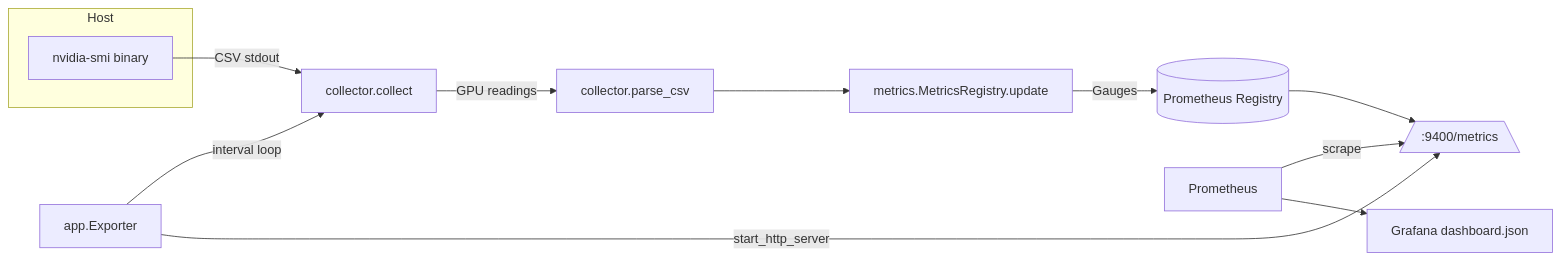
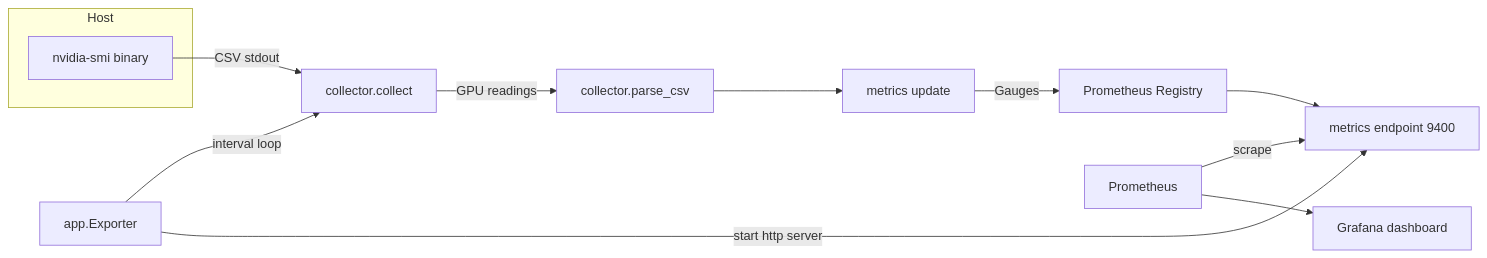
Before and after one commit to theraihanrakibb/gpu-exporter: the diagram in README.md, drawn with Mermaid.

Commit message:
docs: normalize mermaid diagrams to plain rectangles (avoid shape/slash/paren parse errors)

````diff
--- a/README.md
+++ b/README.md
@@ -32,15 +32,15 @@
 ```mermaid
 flowchart LR
     subgraph Host
         SMI[nvidia-smi binary]
     end
     SMI -->|CSV stdout| COL[collector.collect]
-    COL -->|"GPU readings"| PAR[collector.parse_csv]
-    PAR --> METR[metrics.MetricsRegistry.update]
-    METR -->|Gauges| REG[(Prometheus Registry)]
+    COL -->|GPU readings| PAR[collector.parse_csv]
+    PAR --> METR[metrics update]
+    METR -->|Gauges| REG[Prometheus Registry]
     APP[app.Exporter] -->|interval loop| COL
-    APP -->|start_http_server| HTTP[/:9400/metrics\]
+    APP -->|start http server| HTTP[metrics endpoint 9400]
     REG --> HTTP
     PROM[Prometheus] -->|scrape| HTTP
-    PROM --> GRAF[Grafana dashboard.json]
+    PROM --> GRAF[Grafana dashboard]
 ```
````
